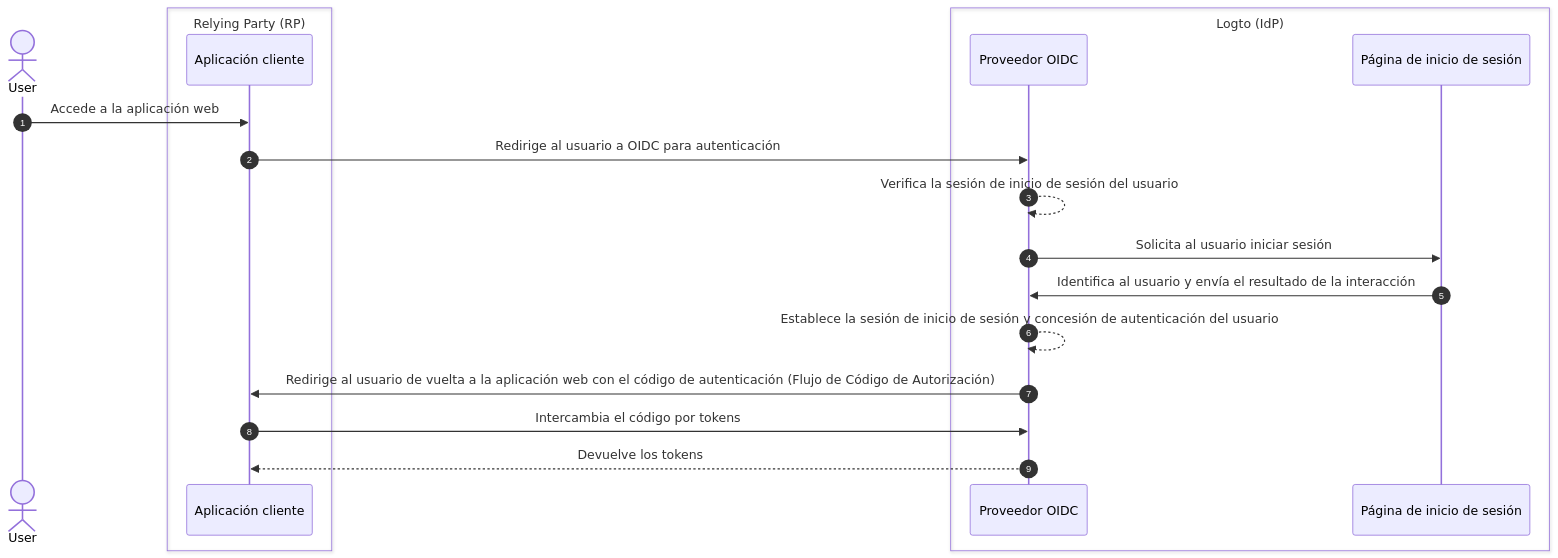
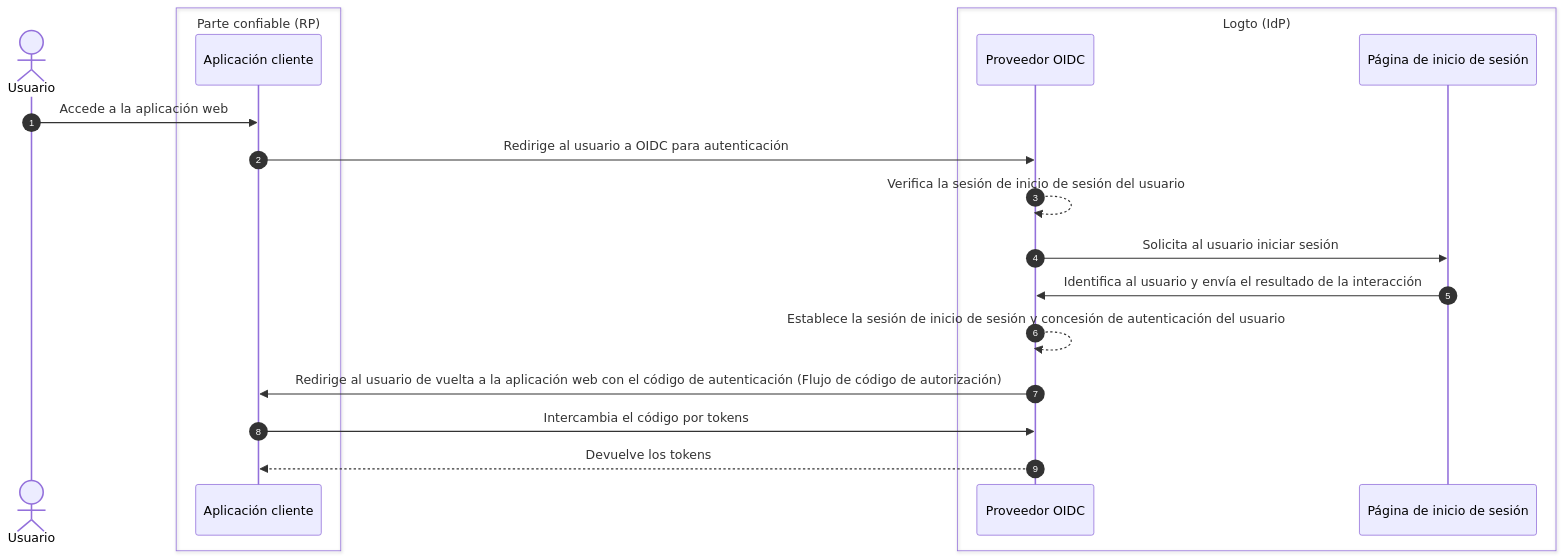
The first of 3 diagrams in i18n/es/docusaurus-plugin-content-docs/current/end-user-flows/sign-out.mdx (logto-io/docs), drawn with Mermaid before and after one commit. The commit also changed other lines of this file and 67 other files, not shown here.

````diff
--- a/i18n/es/docusaurus-plugin-content-docs/current/end-user-flows/sign-out.mdx
+++ b/i18n/es/docusaurus-plugin-content-docs/current/end-user-flows/sign-out.mdx
@@ -13,24 +13,24 @@
 ```mermaid
   sequenceDiagram
     autonumber
-    actor User
+    actor Usuario
 
-    box Relying Party (RP)
-      participant Client as Aplicación cliente
+    box Parte confiable (RP)
+      participant Cliente as Aplicación cliente
     end
 
     box Logto (IdP)
       participant OIDC as Proveedor OIDC
       participant SignIn as Página de inicio de sesión
     end
 
-    User ->> Client: Accede a la aplicación web
-    Client ->> OIDC: Redirige al usuario a OIDC para autenticación
+    Usuario ->> Cliente: Accede a la aplicación web
+    Cliente ->> OIDC: Redirige al usuario a OIDC para autenticación
     OIDC -->> OIDC: Verifica la sesión de inicio de sesión del usuario
     OIDC ->> SignIn: Solicita al usuario iniciar sesión
     SignIn ->> OIDC: Identifica al usuario y envía el resultado de la interacción
     OIDC -->> OIDC: Establece la sesión de inicio de sesión y concesión de autenticación del usuario
-    OIDC ->> Client: Redirige al usuario de vuelta a la aplicación web con el código de autenticación (Flujo de Código de Autorización)
-    Client ->> OIDC: Intercambia el código por tokens
-    OIDC -->> Client: Devuelve los tokens
+    OIDC ->> Cliente: Redirige al usuario de vuelta a la aplicación web con el código de autenticación (Flujo de código de autorización)
+    Cliente ->> OIDC: Intercambia el código por tokens
+    OIDC -->> Cliente: Devuelve los tokens
 ```
````
